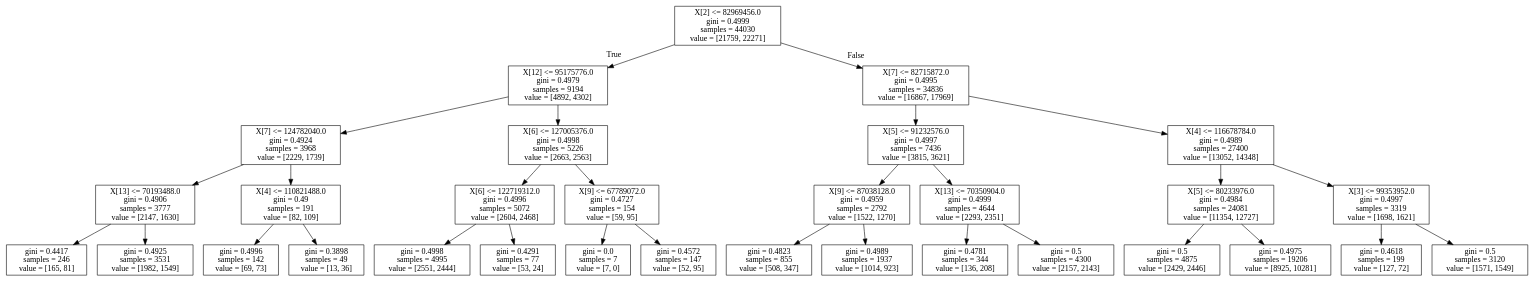
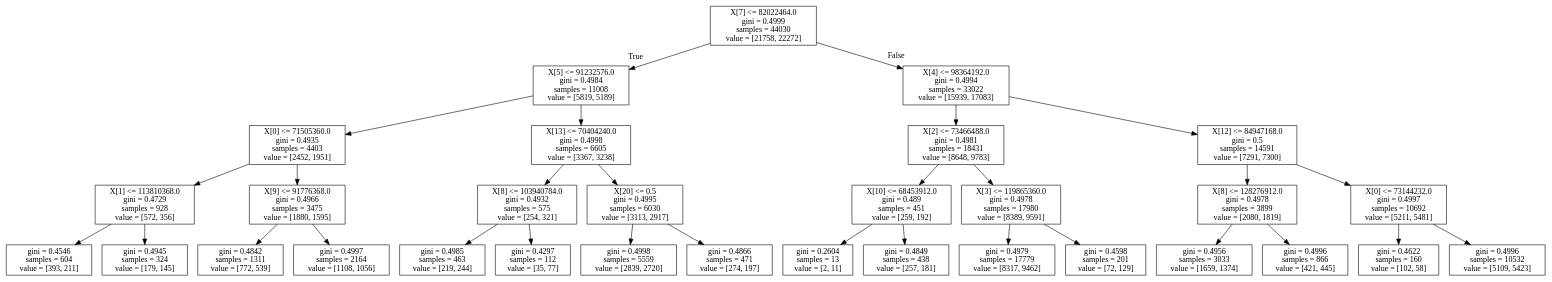
Before and after one commit to maupardh/Numerai: the diagram in ClassificationTrees/singleClassifTreeWithDepth4.dot, drawn with Graphviz. The commit also changed 35 other files, not shown here.

```diff
--- a/ClassificationTrees/singleClassifTreeWithDepth4.dot
+++ b/ClassificationTrees/singleClassifTreeWithDepth4.dot
@@ -1,64 +1,64 @@
 digraph Tree {
 node [shape=box] ;
-0 [label="X[2] <= 82969456.0\ngini = 0.4999\nsamples = 44030\nvalue = [21759, 22271]"] ;
-1 [label="X[12] <= 95175776.0\ngini = 0.4979\nsamples = 9194\nvalue = [4892, 4302]"] ;
+0 [label="X[7] <= 82022464.0\ngini = 0.4999\nsamples = 44030\nvalue = [21758, 22272]"] ;
+1 [label="X[5] <= 91232576.0\ngini = 0.4984\nsamples = 11008\nvalue = [5819, 5189]"] ;
 0 -> 1 [labeldistance=2.5, labelangle=45, headlabel="True"] ;
-2 [label="X[7] <= 124782040.0\ngini = 0.4924\nsamples = 3968\nvalue = [2229, 1739]"] ;
+2 [label="X[0] <= 71505360.0\ngini = 0.4935\nsamples = 4403\nvalue = [2452, 1951]"] ;
 1 -> 2 ;
-3 [label="X[13] <= 70193488.0\ngini = 0.4906\nsamples = 3777\nvalue = [2147, 1630]"] ;
+3 [label="X[1] <= 113810368.0\ngini = 0.4729\nsamples = 928\nvalue = [572, 356]"] ;
 2 -> 3 ;
-4 [label="gini = 0.4417\nsamples = 246\nvalue = [165, 81]"] ;
+4 [label="gini = 0.4546\nsamples = 604\nvalue = [393, 211]"] ;
 3 -> 4 ;
-5 [label="gini = 0.4925\nsamples = 3531\nvalue = [1982, 1549]"] ;
+5 [label="gini = 0.4945\nsamples = 324\nvalue = [179, 145]"] ;
 3 -> 5 ;
-6 [label="X[4] <= 110821488.0\ngini = 0.49\nsamples = 191\nvalue = [82, 109]"] ;
+6 [label="X[9] <= 91776368.0\ngini = 0.4966\nsamples = 3475\nvalue = [1880, 1595]"] ;
 2 -> 6 ;
-7 [label="gini = 0.4996\nsamples = 142\nvalue = [69, 73]"] ;
+7 [label="gini = 0.4842\nsamples = 1311\nvalue = [772, 539]"] ;
 6 -> 7 ;
-8 [label="gini = 0.3898\nsamples = 49\nvalue = [13, 36]"] ;
+8 [label="gini = 0.4997\nsamples = 2164\nvalue = [1108, 1056]"] ;
 6 -> 8 ;
-9 [label="X[6] <= 127005376.0\ngini = 0.4998\nsamples = 5226\nvalue = [2663, 2563]"] ;
+9 [label="X[13] <= 70404240.0\ngini = 0.4998\nsamples = 6605\nvalue = [3367, 3238]"] ;
 1 -> 9 ;
-10 [label="X[6] <= 122719312.0\ngini = 0.4996\nsamples = 5072\nvalue = [2604, 2468]"] ;
+10 [label="X[8] <= 103940784.0\ngini = 0.4932\nsamples = 575\nvalue = [254, 321]"] ;
 9 -> 10 ;
-11 [label="gini = 0.4998\nsamples = 4995\nvalue = [2551, 2444]"] ;
+11 [label="gini = 0.4985\nsamples = 463\nvalue = [219, 244]"] ;
 10 -> 11 ;
-12 [label="gini = 0.4291\nsamples = 77\nvalue = [53, 24]"] ;
+12 [label="gini = 0.4297\nsamples = 112\nvalue = [35, 77]"] ;
 10 -> 12 ;
-13 [label="X[9] <= 67789072.0\ngini = 0.4727\nsamples = 154\nvalue = [59, 95]"] ;
+13 [label="X[20] <= 0.5\ngini = 0.4995\nsamples = 6030\nvalue = [3113, 2917]"] ;
 9 -> 13 ;
-14 [label="gini = 0.0\nsamples = 7\nvalue = [7, 0]"] ;
+14 [label="gini = 0.4998\nsamples = 5559\nvalue = [2839, 2720]"] ;
 13 -> 14 ;
-15 [label="gini = 0.4572\nsamples = 147\nvalue = [52, 95]"] ;
+15 [label="gini = 0.4866\nsamples = 471\nvalue = [274, 197]"] ;
 13 -> 15 ;
-16 [label="X[7] <= 82715872.0\ngini = 0.4995\nsamples = 34836\nvalue = [16867, 17969]"] ;
+16 [label="X[4] <= 98364192.0\ngini = 0.4994\nsamples = 33022\nvalue = [15939, 17083]"] ;
 0 -> 16 [labeldistance=2.5, labelangle=-45, headlabel="False"] ;
-17 [label="X[5] <= 91232576.0\ngini = 0.4997\nsamples = 7436\nvalue = [3815, 3621]"] ;
+17 [label="X[2] <= 73466488.0\ngini = 0.4981\nsamples = 18431\nvalue = [8648, 9783]"] ;
 16 -> 17 ;
-18 [label="X[9] <= 87038128.0\ngini = 0.4959\nsamples = 2792\nvalue = [1522, 1270]"] ;
+18 [label="X[10] <= 68453912.0\ngini = 0.489\nsamples = 451\nvalue = [259, 192]"] ;
 17 -> 18 ;
-19 [label="gini = 0.4823\nsamples = 855\nvalue = [508, 347]"] ;
+19 [label="gini = 0.2604\nsamples = 13\nvalue = [2, 11]"] ;
 18 -> 19 ;
-20 [label="gini = 0.4989\nsamples = 1937\nvalue = [1014, 923]"] ;
+20 [label="gini = 0.4849\nsamples = 438\nvalue = [257, 181]"] ;
 18 -> 20 ;
-21 [label="X[13] <= 70350904.0\ngini = 0.4999\nsamples = 4644\nvalue = [2293, 2351]"] ;
+21 [label="X[3] <= 119865360.0\ngini = 0.4978\nsamples = 17980\nvalue = [8389, 9591]"] ;
 17 -> 21 ;
-22 [label="gini = 0.4781\nsamples = 344\nvalue = [136, 208]"] ;
+22 [label="gini = 0.4979\nsamples = 17779\nvalue = [8317, 9462]"] ;
 21 -> 22 ;
-23 [label="gini = 0.5\nsamples = 4300\nvalue = [2157, 2143]"] ;
+23 [label="gini = 0.4598\nsamples = 201\nvalue = [72, 129]"] ;
 21 -> 23 ;
-24 [label="X[4] <= 116678784.0\ngini = 0.4989\nsamples = 27400\nvalue = [13052, 14348]"] ;
+24 [label="X[12] <= 84947168.0\ngini = 0.5\nsamples = 14591\nvalue = [7291, 7300]"] ;
 16 -> 24 ;
-25 [label="X[5] <= 80233976.0\ngini = 0.4984\nsamples = 24081\nvalue = [11354, 12727]"] ;
+25 [label="X[8] <= 128276912.0\ngini = 0.4978\nsamples = 3899\nvalue = [2080, 1819]"] ;
 24 -> 25 ;
-26 [label="gini = 0.5\nsamples = 4875\nvalue = [2429, 2446]"] ;
+26 [label="gini = 0.4956\nsamples = 3033\nvalue = [1659, 1374]"] ;
 25 -> 26 ;
-27 [label="gini = 0.4975\nsamples = 19206\nvalue = [8925, 10281]"] ;
+27 [label="gini = 0.4996\nsamples = 866\nvalue = [421, 445]"] ;
 25 -> 27 ;
-28 [label="X[3] <= 99353952.0\ngini = 0.4997\nsamples = 3319\nvalue = [1698, 1621]"] ;
+28 [label="X[0] <= 73144232.0\ngini = 0.4997\nsamples = 10692\nvalue = [5211, 5481]"] ;
 24 -> 28 ;
-29 [label="gini = 0.4618\nsamples = 199\nvalue = [127, 72]"] ;
+29 [label="gini = 0.4622\nsamples = 160\nvalue = [102, 58]"] ;
 28 -> 29 ;
-30 [label="gini = 0.5\nsamples = 3120\nvalue = [1571, 1549]"] ;
+30 [label="gini = 0.4996\nsamples = 10532\nvalue = [5109, 5423]"] ;
 28 -> 30 ;
 }
```
